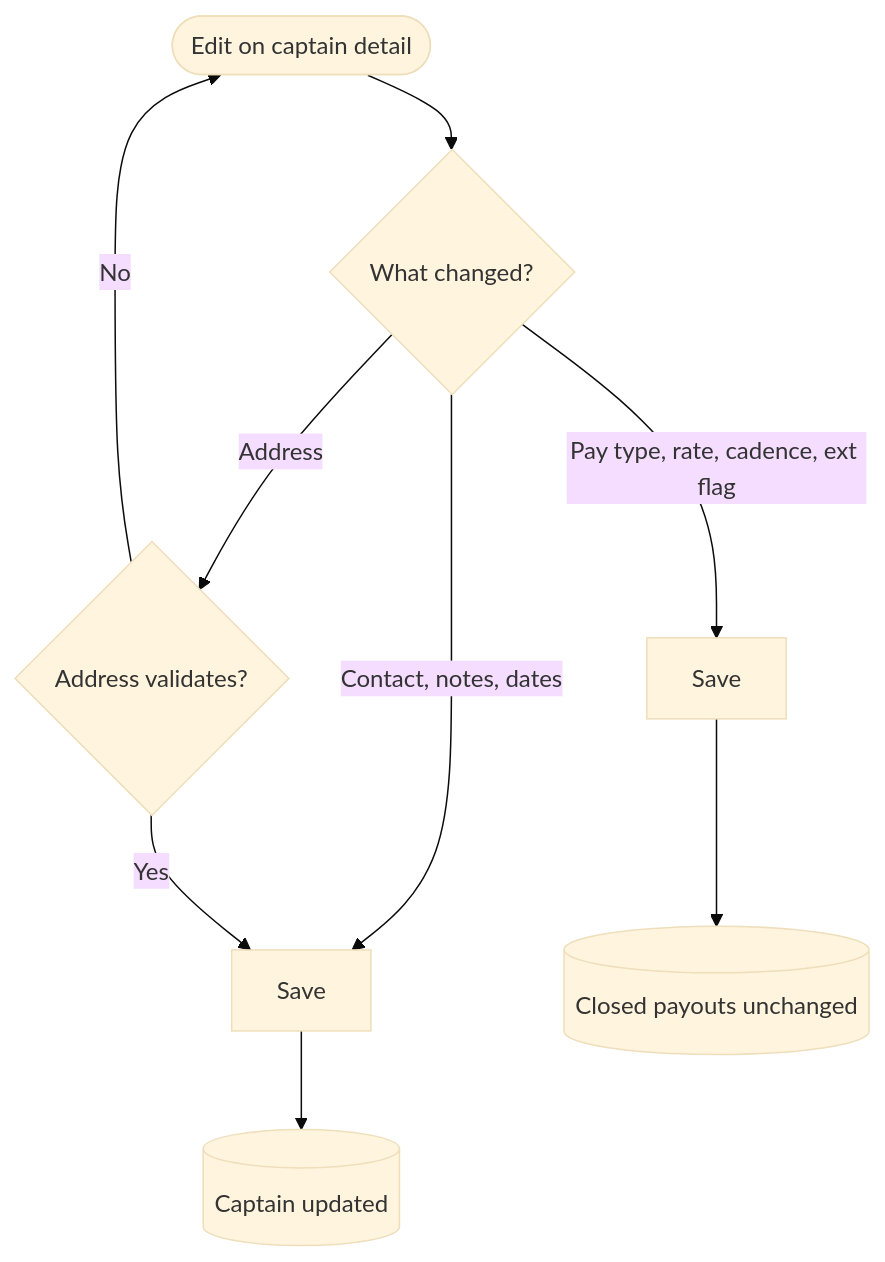
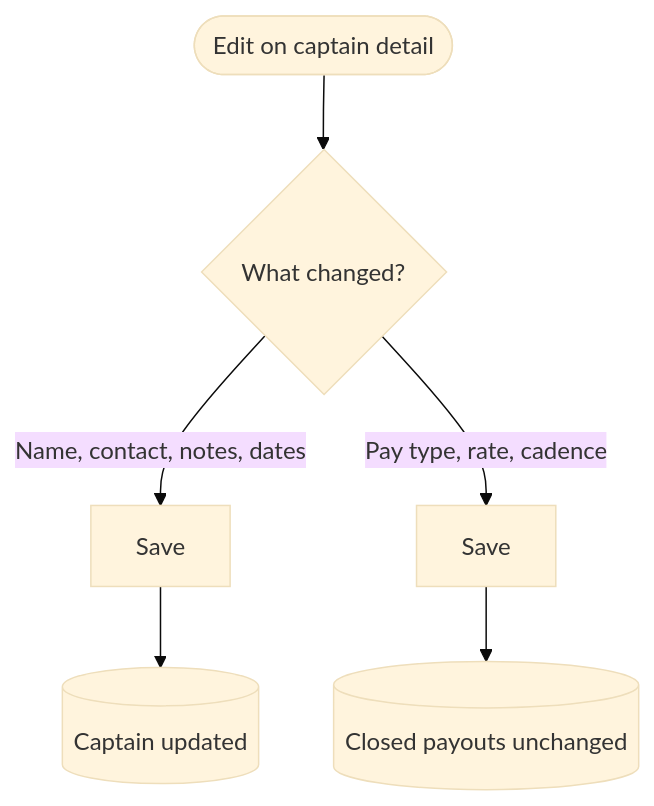
One commit to uwblueprint/beach-metro changed the eighth of 11 diagrams in docs/people_management_flow_v1.md. Above: the diagram before and after it, drawn with Mermaid (base theme). The commit also changed other lines of this file, not shown here.

First line of the commit message:
Auto-vacate routes on volunteer retirement, split name fields, and simplify the captain flow (BM-24)

````diff
--- a/docs/people_management_flow_v1.md
+++ b/docs/people_management_flow_v1.md
@@ -192,11 +188,8 @@
 ```mermaid
 flowchart TD
     Start([Edit on captain detail]) --> Field{What changed?}
-    Field -->|Contact, notes, dates| Save[Save]
-    Field -->|Address| Revalidate{Address validates?}
-    Revalidate -->|No| Start
-    Revalidate -->|Yes| Save
-    Field -->|Pay type, rate, cadence, ext flag| SavePay[Save]
+    Field -->|Name, contact, notes, dates| Save[Save]
+    Field -->|Pay type, rate, cadence| SavePay[Save]
     Save --> Done[(Captain updated)]
     SavePay --> NoRetro[(Closed payouts unchanged)]
 ```
````
